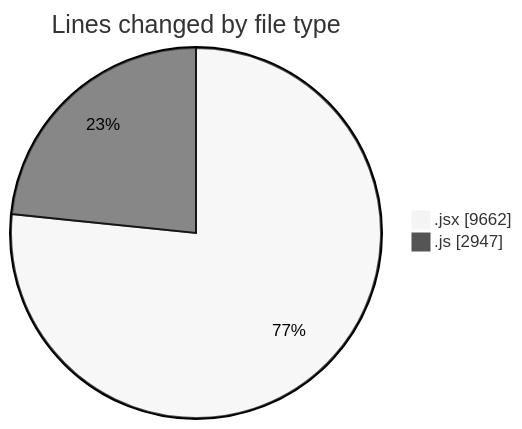
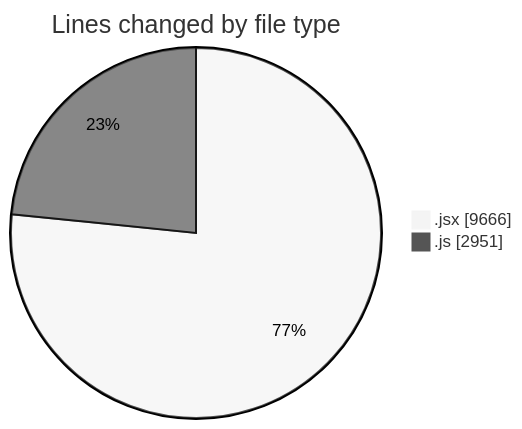
The first of 2 diagrams in 2025-12-11/nxtqube_webapp/README.md (nxtqubesakshisongat/code-tracking), drawn with Mermaid (neutral theme) before and after one commit. The commit also changed other lines of this file and 1 other file, not shown here.

````diff
--- a/2025-12-11/nxtqube_webapp/README.md
+++ b/2025-12-11/nxtqube_webapp/README.md
@@ -34,6 +34,6 @@
 ```mermaid
 pie showData
 title Lines changed by file type
-".jsx" : 9662
-".js" : 2947
+".jsx" : 9666
+".js" : 2951
 ```
````
